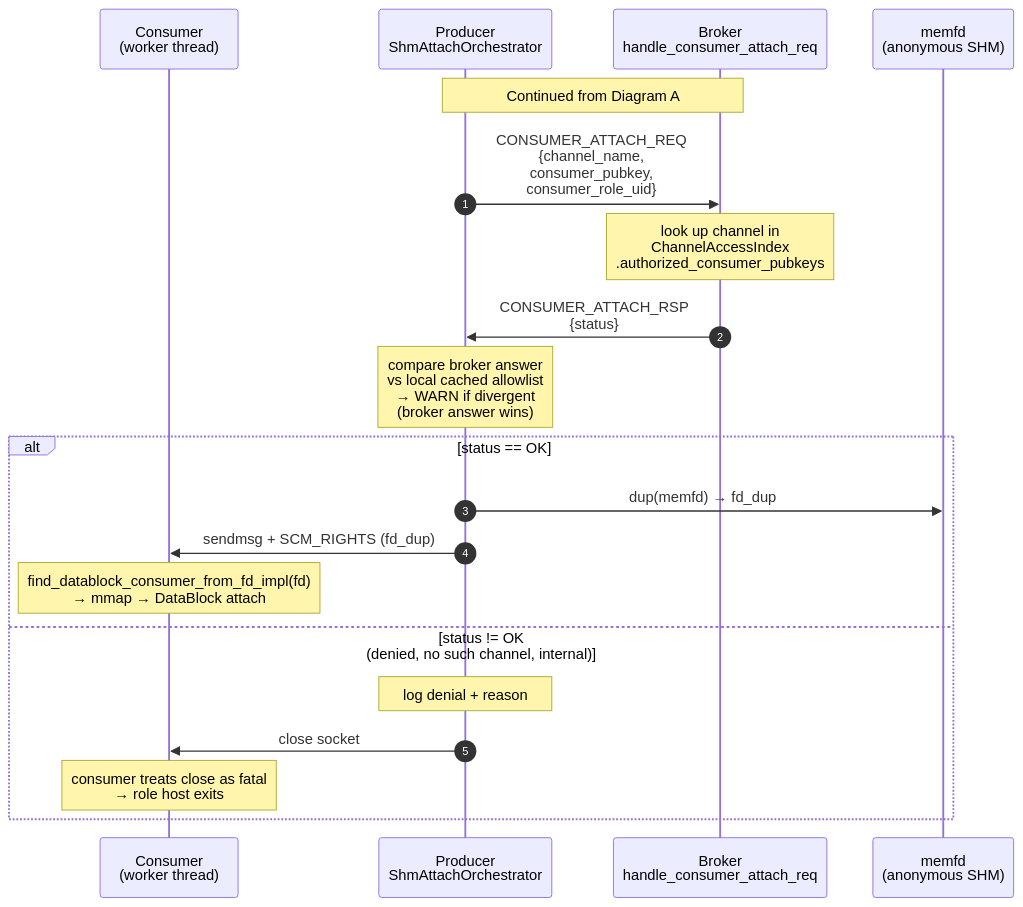
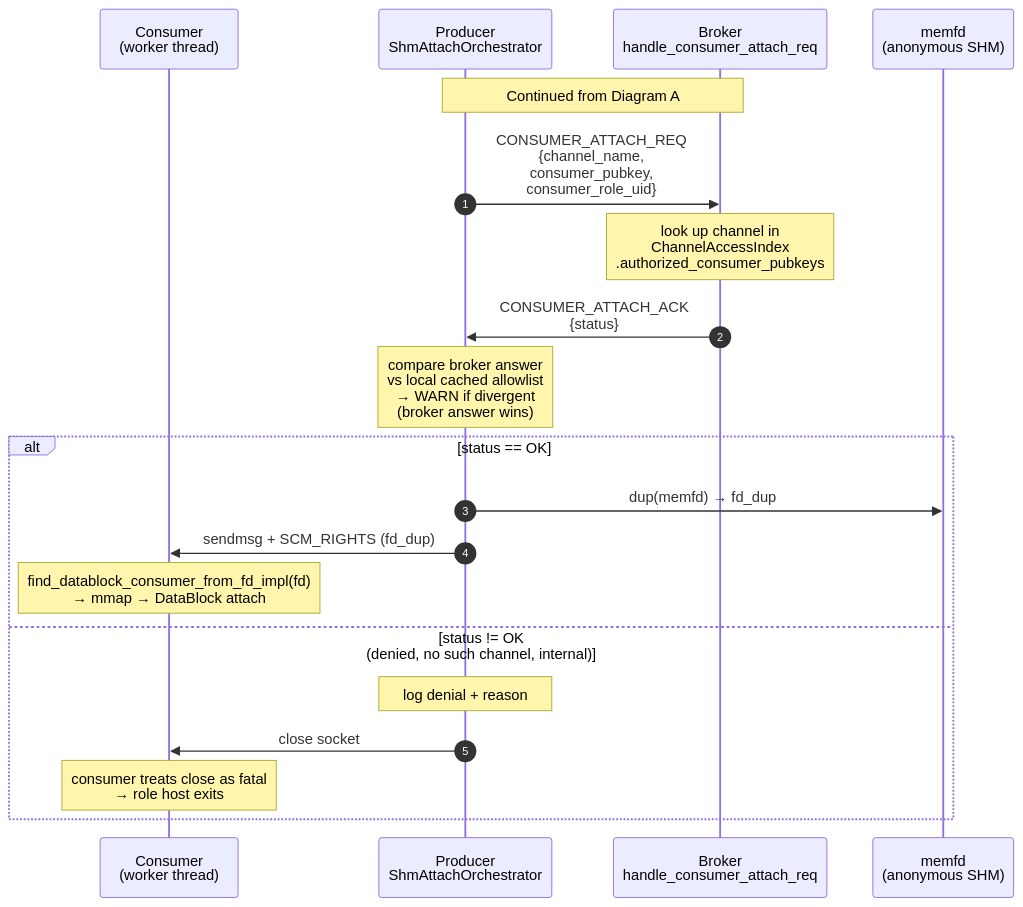
One commit to Qing-LAB/pylabhub changed the fifth of 5 diagrams in docs/HEP/HEP-CORE-0041-SHM-Channel-Auth.md. Above: the diagram before and after it, drawn with Mermaid. The commit also changed other lines of this file and 6 other files, not shown here.

````diff
--- a/docs/HEP/HEP-CORE-0041-SHM-Channel-Auth.md
+++ b/docs/HEP/HEP-CORE-0041-SHM-Channel-Auth.md
@@ -825,25 +880,25 @@
 ```mermaid
 sequenceDiagram
     autonumber
     participant C as Consumer<br/>(worker thread)
     participant P as Producer<br/>ShmAttachOrchestrator
     participant B as Broker<br/>handle_consumer_attach_req
     participant FD as memfd<br/>(anonymous SHM)
 
     Note over P,B: Continued from Diagram A
     P->>B: CONSUMER_ATTACH_REQ<br/>{channel_name,<br/>consumer_pubkey,<br/>consumer_role_uid}
     Note over B: look up channel in<br/>ChannelAccessIndex<br/>.authorized_consumer_pubkeys
-    B->>P: CONSUMER_ATTACH_RSP<br/>{status}
+    B->>P: CONSUMER_ATTACH_ACK<br/>{status}
 
     Note over P: compare broker answer<br/>vs local cached allowlist<br/>→ WARN if divergent<br/>(broker answer wins)
 
     alt status == OK
         P->>FD: dup(memfd) → fd_dup
         P->>C: sendmsg + SCM_RIGHTS (fd_dup)
         Note over C: find_datablock_consumer_from_fd_impl(fd)<br/>→ mmap → DataBlock attach
     else status != OK<br/>(denied, no such channel, internal)
         Note over P: log denial + reason
         P->>C: close socket
         Note over C: consumer treats close as fatal<br/>→ role host exits
     end
 ```
````
